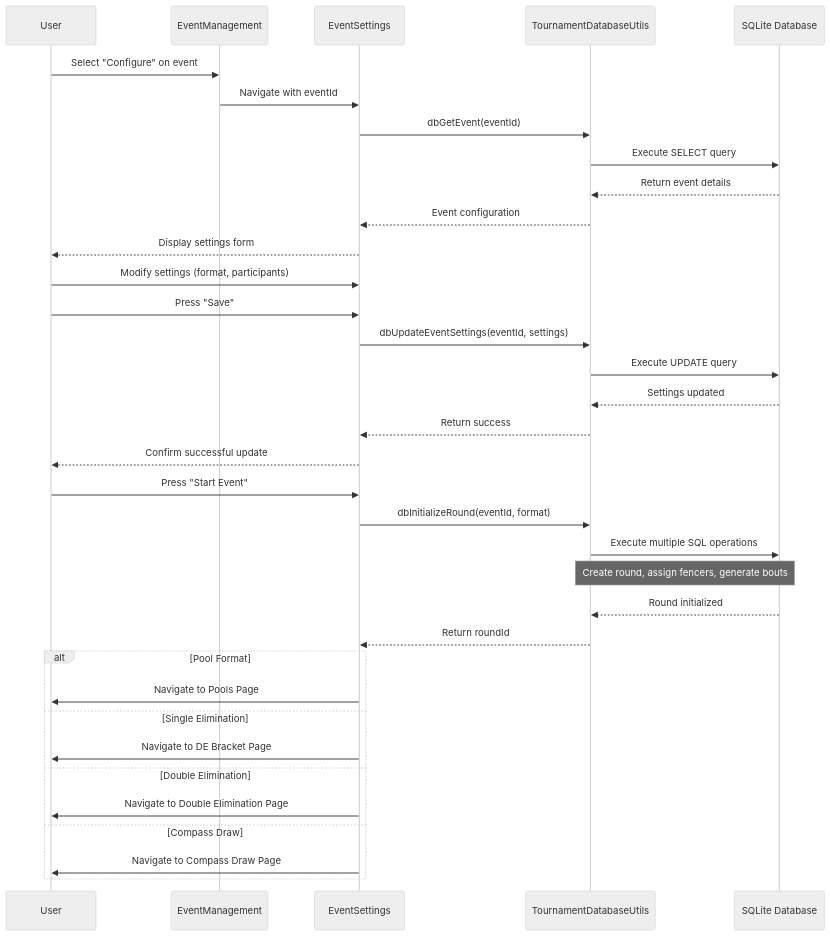
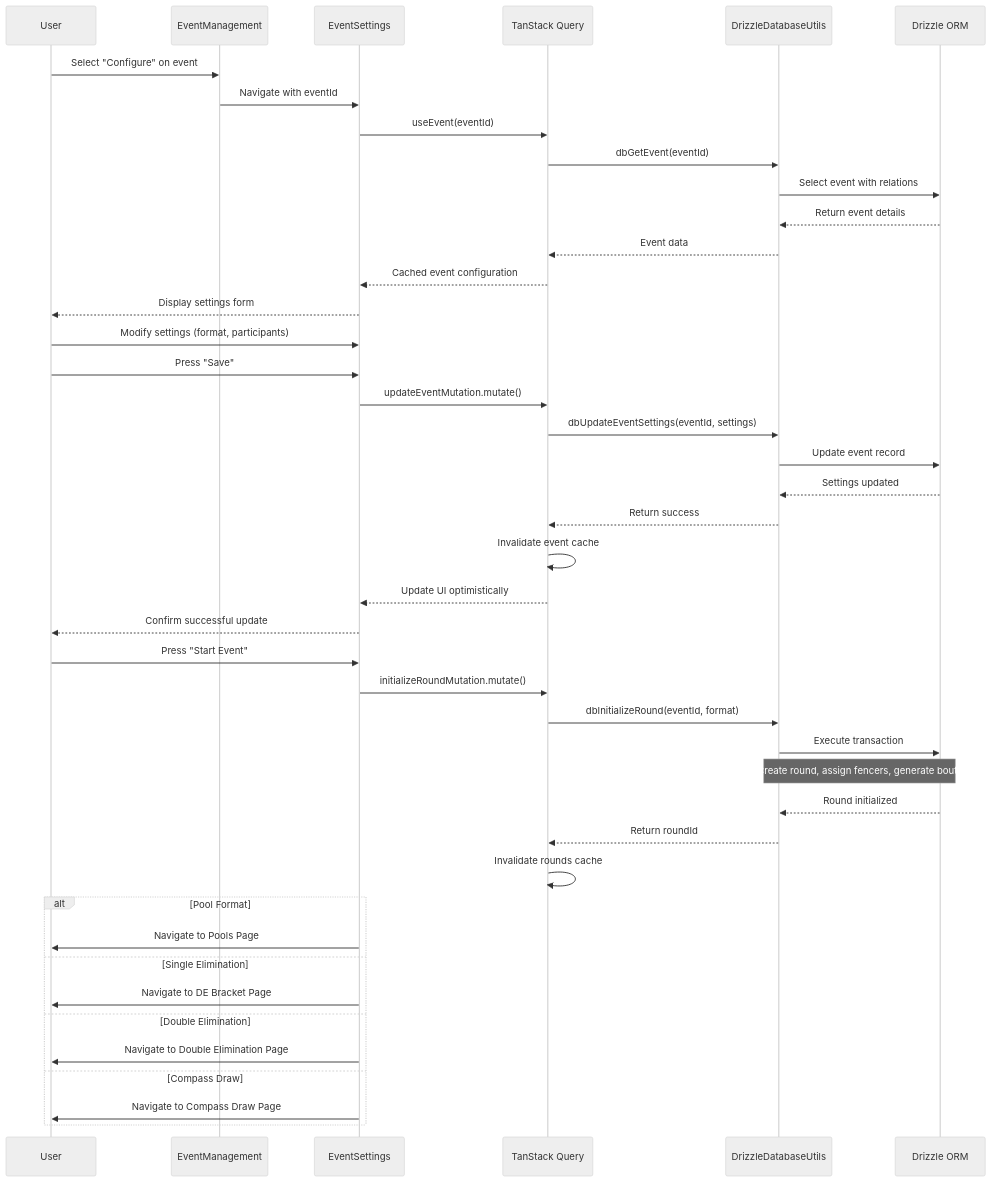
One commit to FencingSeniorDesign/client changed the seventh of 38 diagrams in docs/Spring Quarter Deliverables/SDD.md. Above: the diagram before and after it, drawn with Mermaid (neutral theme). The commit also changed other lines of this file, not shown here.

````diff
--- a/docs/Spring Quarter Deliverables/SDD.md
+++ b/docs/Spring Quarter Deliverables/SDD.md
@@ -301,41 +331,49 @@
 ```mermaid
 sequenceDiagram
     participant User
     participant Events as EventManagement
     participant Settings as EventSettings
-    participant DB as TournamentDatabaseUtils
-    participant SQLite as SQLite Database
+    participant Query as TanStack Query
+    participant DB as DrizzleDatabaseUtils
+    participant Drizzle as Drizzle ORM
 
     User->>Events: Select "Configure" on event
     Events->>Settings: Navigate with eventId
-    Settings->>DB: dbGetEvent(eventId)
-    DB->>SQLite: Execute SELECT query
-    SQLite-->>DB: Return event details
-    DB-->>Settings: Event configuration
+    Settings->>Query: useEvent(eventId)
+    Query->>DB: dbGetEvent(eventId)
+    DB->>Drizzle: Select event with relations
+    Drizzle-->>DB: Return event details
+    DB-->>Query: Event data
+    Query-->>Settings: Cached event configuration
     Settings-->>User: Display settings form
 
     User->>Settings: Modify settings (format, participants)
     User->>Settings: Press "Save"
-    Settings->>DB: dbUpdateEventSettings(eventId, settings)
-    DB->>SQLite: Execute UPDATE query
-    SQLite-->>DB: Settings updated
-    DB-->>Settings: Return success
+    Settings->>Query: updateEventMutation.mutate()
+    Query->>DB: dbUpdateEventSettings(eventId, settings)
+    DB->>Drizzle: Update event record
+    Drizzle-->>DB: Settings updated
+    DB-->>Query: Return success
+    Query->>Query: Invalidate event cache
+    Query-->>Settings: Update UI optimistically
     Settings-->>User: Confirm successful update
 
     User->>Settings: Press "Start Event"
-    Settings->>DB: dbInitializeRound(eventId, format)
-    DB->>SQLite: Execute multiple SQL operations
-    Note over DB,SQLite: Create round, assign fencers, generate bouts
-    SQLite-->>DB: Round initialized
-    DB-->>Settings: Return roundId
+    Settings->>Query: initializeRoundMutation.mutate()
+    Query->>DB: dbInitializeRound(eventId, format)
+    DB->>Drizzle: Execute transaction
+    Note over DB,Drizzle: Create round, assign fencers, generate bouts
+    Drizzle-->>DB: Round initialized
+    DB-->>Query: Return roundId
+    Query->>Query: Invalidate rounds cache
 
     alt Pool Format
         Settings->>User: Navigate to Pools Page
     else Single Elimination
         Settings->>User: Navigate to DE Bracket Page
     else Double Elimination
         Settings->>User: Navigate to Double Elimination Page
     else Compass Draw
         Settings->>User: Navigate to Compass Draw Page
     end
 ```
````
